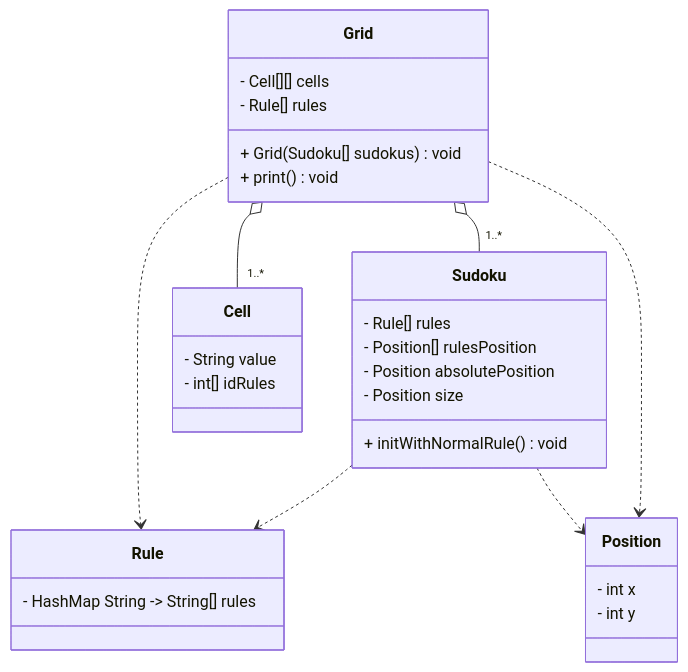
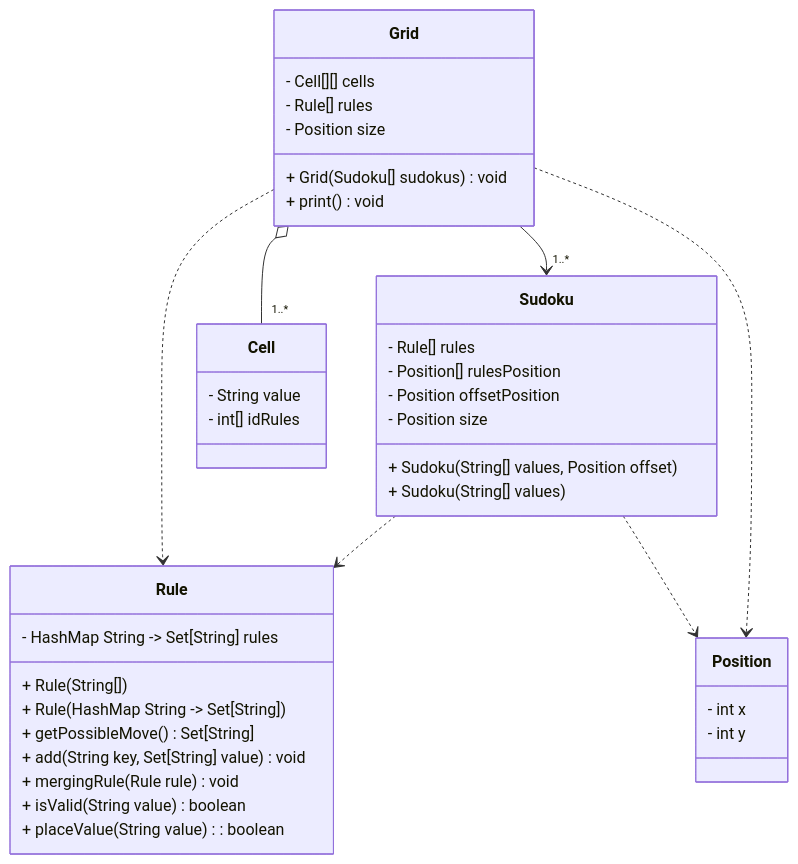
The diagram in README.md (NichiHachi/Sudoku), drawn with Mermaid before and after one commit. The commit also changed 2 other files, not shown here.

Commit message:
refactor(mermaid): README - Update mermaid

````diff
--- a/README.md
+++ b/README.md
@@ -42,38 +42,47 @@
 ```mermaid
 classDiagram
     class Grid {
         - Cell[][] cells
         - Rule[] rules
+        - Position size
         + Grid(Sudoku[] sudokus)void
         + print()void
     }
     
     class Sudoku {
         - Rule[] rules
         - Position[] rulesPosition
-        - Position absolutePosition
+        - Position offsetPosition
         - Position size
-        + initWithNormalRule() void
+        + Sudoku(String[] values, Position offset)
+        + Sudoku(String[] values)
     }
     
     class Cell {
         - String value
         - int[] idRules
     }
     
     class Rule {
-        - HashMap String -> String[] rules
+        - HashMap String -> Set[String] rules
+        + Rule(String[])
+        + Rule(HashMap String -> Set[String])
+        + getPossibleMove() Set[String]
+        + add(String key, Set[String] value) void
+        + mergingRule(Rule rule) void
+        + isValid(String value) boolean
+        + placeValue(String value): boolean
     }
     
     class Position {
         - int x
         - int y
     }
 
     Grid o-- "1..*" Cell
-    Grid o-- "1..*" Sudoku
+    Grid --> "1..*" Sudoku
     Grid ..> Rule
     Sudoku ..> Rule
     Sudoku ..> Position
     Grid ..> Position
 ```
````
